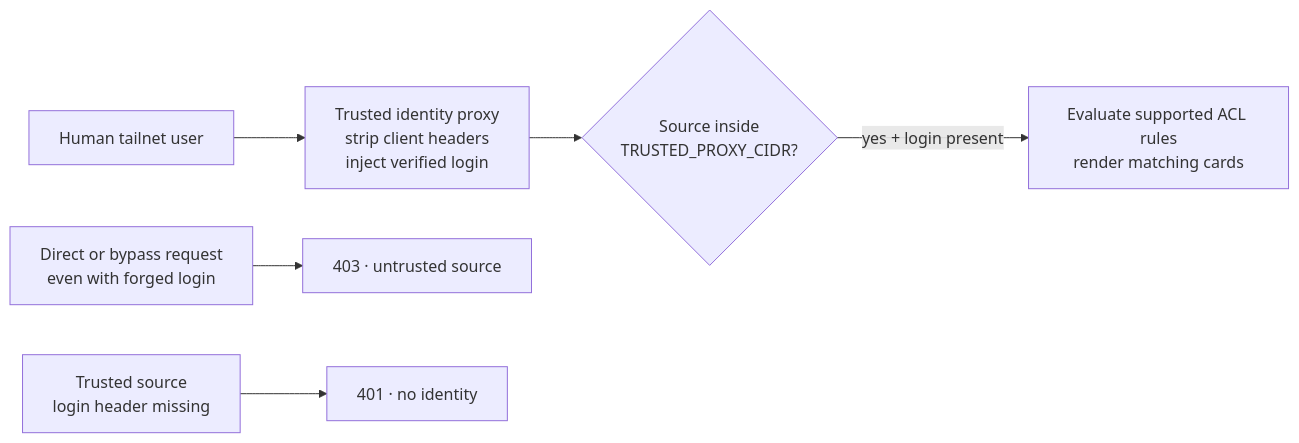
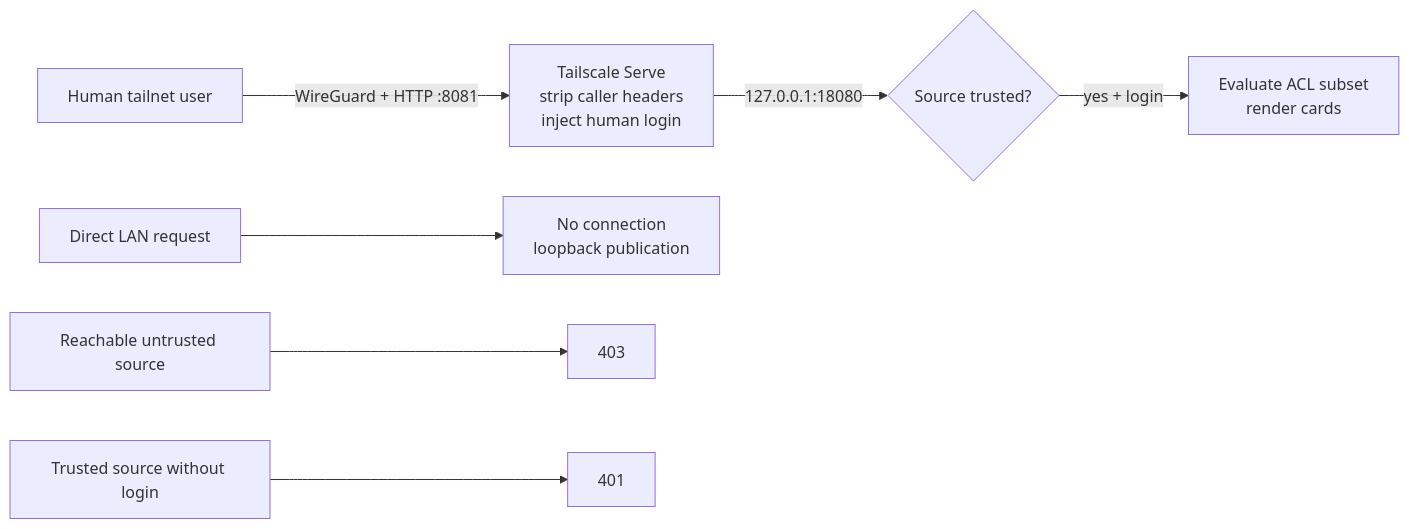
One commit to cybersader/velociportal changed the diagram in docs/reference/tailscale-headers.md. Above: the diagram before and after it, drawn with Mermaid. The commit also changed other lines of this file and 51 other files, not shown here.

Commit message:
Implement tailnet-native private transport architecture

````diff
--- a/docs/reference/tailscale-headers.md
+++ b/docs/reference/tailscale-headers.md
@@ -23,18 +33,9 @@
 ```mermaid
 flowchart LR
-    accTitle: Trusted identity route and rejected bypass routes
-    accDescr: A human request through the trusted identity proxy has client identity headers removed and a verified Tailscale user login injected. Velociportal accepts it only when the source is inside the configured trusted CIDR. A direct request with a forged header is rejected with 403. A request from the trusted source without a login is rejected with 401.
-
-    Human["Human tailnet user"] --> Proxy["Trusted identity proxy<br/>strip client headers<br/>inject verified login"]
-    Proxy --> Check{"Source inside<br/>TRUSTED_PROXY_CIDR?"}
-    Check -->|"yes + login present"| Evaluate["Evaluate supported ACL rules<br/>render matching cards"]
-
-    Direct["Direct or bypass request<br/>even with forged login"] --> Reject403["403 · untrusted source"]
-    Missing["Trusted source<br/>login header missing"] --> Reject401["401 · no identity"]
-
-    class Human,Proxy identity
-    class Check core
-    class Evaluate accepted
-    class Direct,Missing output
-    class Reject403,Reject401 rejected
+    Human["Human tailnet user"] -->|"WireGuard + HTTP :8081"| Serve["Tailscale Serve<br/>strip caller headers<br/>inject human login"]
+    Serve -->|"127.0.0.1:18080"| Check{"Source trusted?"}
+    Check -->|"yes + login"| Portal["Evaluate ACL subset<br/>render cards"]
+    LAN["Direct LAN request"] --> Blocked["No connection<br/>loopback publication"]
+    Forged["Reachable untrusted source"] --> Reject["403"]
+    Missing["Trusted source without login"] --> NoIdentity["401"]
 ```
````
